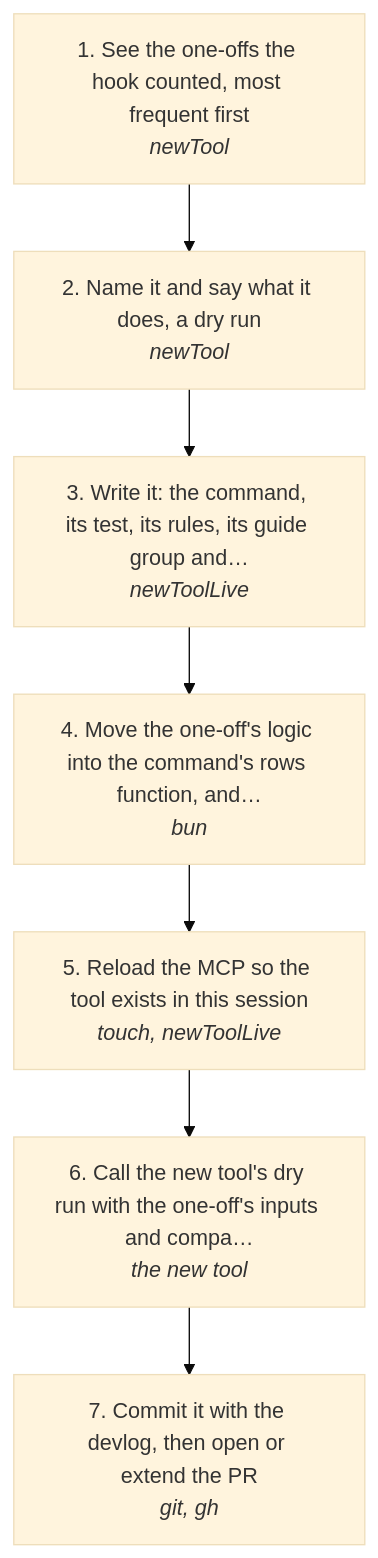
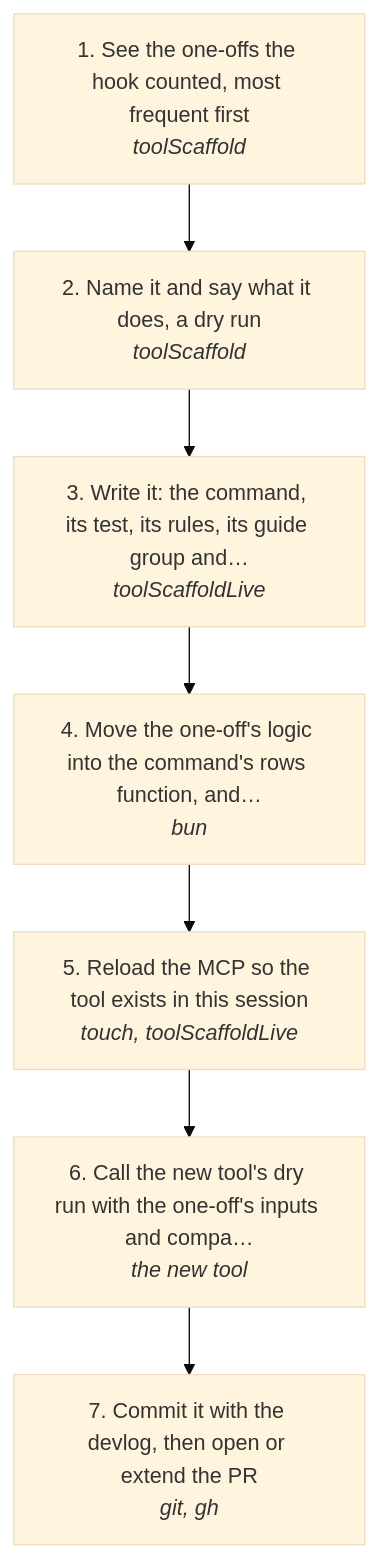
Before and after one commit to aggelos-pappas/log: the diagram in docs/useCases/log/toolFromOneOff.md, drawn with Mermaid (base theme). The commit also changed other lines of this file and 28 other files, not shown here.

First line of the commit message:
refactor(tool): the scaffold is its own command, log tool scaffold (toolScaffold / toolScaffoldLive)

````diff
--- a/docs/useCases/log/toolFromOneOff.md
+++ b/docs/useCases/log/toolFromOneOff.md
@@ -25,16 +25,16 @@
 ```mermaid
 flowchart TD
-  s0["1. See the one-offs the hook counted, most frequent first<br/><i>newTool</i>"]
-  s1["2. Name it and say what it does, a dry run<br/><i>newTool</i>"]
-  s2["3. Write it: the command, its test, its rules, its guide group and…<br/><i>newToolLive</i>"]
+  s0["1. See the one-offs the hook counted, most frequent first<br/><i>toolScaffold</i>"]
+  s1["2. Name it and say what it does, a dry run<br/><i>toolScaffold</i>"]
+  s2["3. Write it: the command, its test, its rules, its guide group and…<br/><i>toolScaffoldLive</i>"]
   s3["4. Move the one-off's logic into the command's rows function, and…<br/><i>bun</i>"]
-  s4["5. Reload the MCP so the tool exists in this session<br/><i>touch, newToolLive</i>"]
+  s4["5. Reload the MCP so the tool exists in this session<br/><i>touch, toolScaffoldLive</i>"]
   s5["6. Call the new tool's dry run with the one-off's inputs and compa…<br/><i>the new tool</i>"]
   s6["7. Commit it with the devlog, then open or extend the PR<br/><i>git, gh</i>"]
   s0 --> s1
   s1 --> s2
   s2 --> s3
   s3 --> s4
   s4 --> s5
   s5 --> s6
 ```
````
